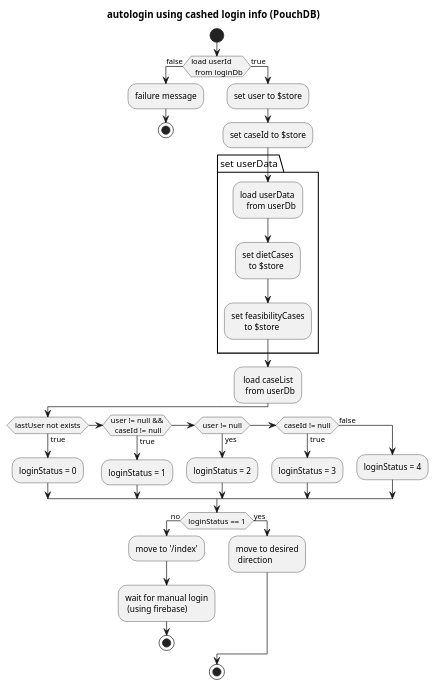
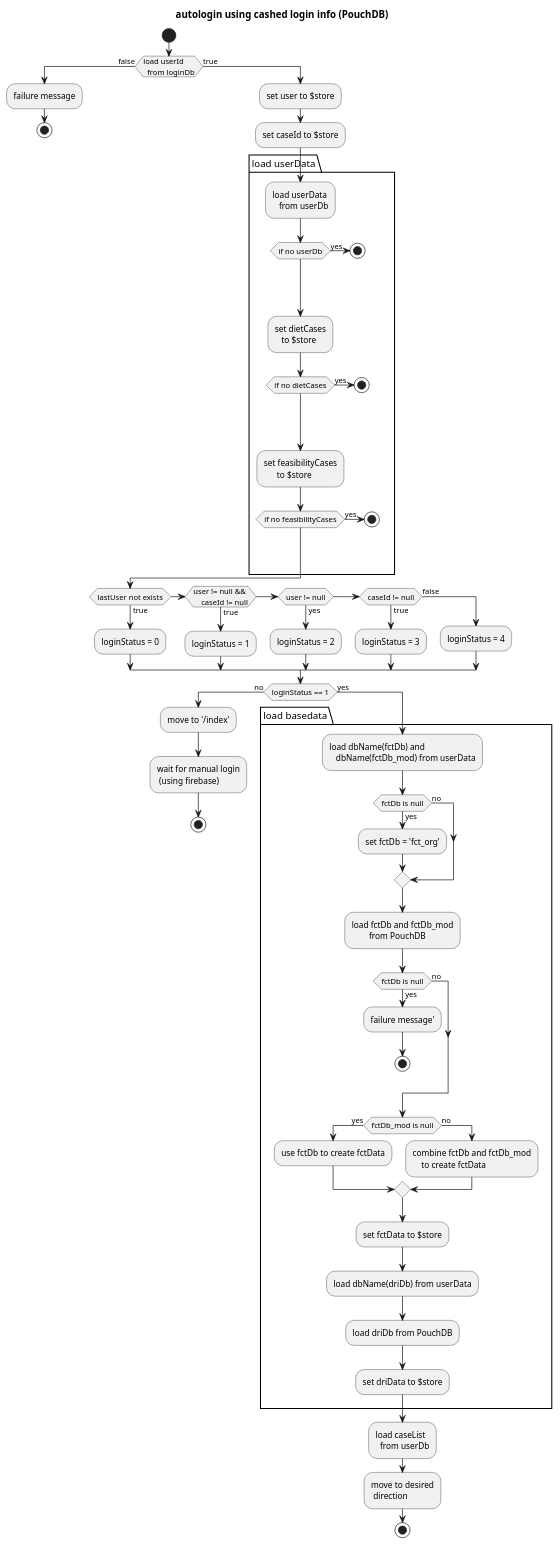
Before and after one commit to snakada1615/nuxt_pwa201122: the diagram in assets/backdata/autoLogin.puml, drawn with PlantUML. The commit also changed 9 other files, not shown here.

```diff
--- a/assets/backdata/autoLogin.puml
+++ b/assets/backdata/autoLogin.puml
@@ -1,51 +1,84 @@
 @startuml
 title autologin using cashed login info (PouchDB)
 
 start
 
 if (load userId
   from loginDb) then (false)
   :failure message;
   stop
 
 else (true)
   :set user to $store;
   :set caseId to $store;
-  package "set userData" {
+  package "load userData" {
     :load userData
        from userDb;
+    if (if no userDb) then (yes)
+      stop
+    endif
     :set dietCases
        to $store;
+    if (if no dietCases) then (yes)
+      stop
+    endif
     :set feasibilityCases
           to $store;
+    if (if no feasibilityCases) then (yes)
+      stop
+    endif
   }
-  : load caseList
+
+  if (lastUser not exists) then (true)
+      :loginStatus = 0;
+  else if (user != null &&
+    caseId != null) then (true)
+      :loginStatus = 1;
+  else if (user != null) then (yes)
+      :loginStatus = 2;
+  else if (caseId != null) then (true)
+      :loginStatus = 3;
+  else (false)
+      :loginStatus = 4;
+  endif
+
+  if (loginStatus == 1) then (no)
+    :move to '/index';
+    :wait for manual login
+     (using firebase);
+    stop
+  else (yes)
+    package "load basedata"{
+      :load dbName(fctDb) and
+         dbName(fctDb_mod) from userData;
+      if (fctDb is null) then (yes)
+        :set fctDb = 'fct_org';
+      else (no)
+      endif
+      :load fctDb and fctDb_mod
+              from PouchDB;
+      if (fctDb is null) then (no)
+      else (yes)
+        :failure message';
+        stop
+      endif
+      if (fctDb_mod is null) then (yes)
+        :use fctDb to create fctData;
+      else (no)
+        :combine fctDb and fctDb_mod
+            to create fctData;
+      endif
+      :set fctData to $store;
+      :load dbName(driDb) from userData;
+      :load driDb from PouchDB;
+      :set driData to $store;
+    }
+  :load caseList
     from userDb;
-
+  :move to desired
+   direction;
+   stop
+ endif
 endif
 
-if (lastUser not exists) then (true)
-    :loginStatus = 0;
-else if (user != null &&
-  caseId != null) then (true)
-    :loginStatus = 1;
-else if (user != null) then (yes)
-    :loginStatus = 2;
-else if (caseId != null) then (true)
-    :loginStatus = 3;
-else (false)
-    :loginStatus = 4;
-endif
-
-if (loginStatus == 1) then (no)
-  :move to '/index';
-  :wait for manual login
-   (using firebase);
-  stop
-else (yes)
-  :move to desired
-   direction;
-endif
-stop
-
 @enduml
```
